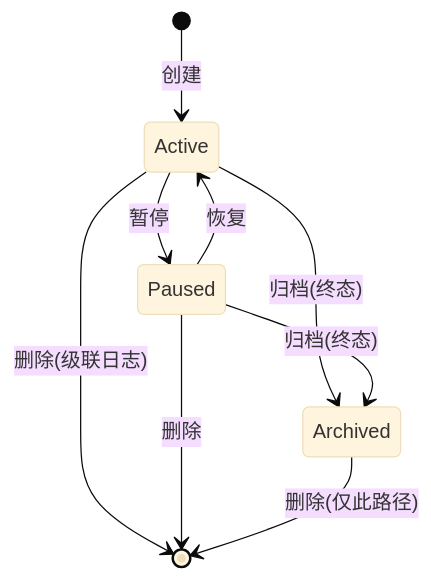
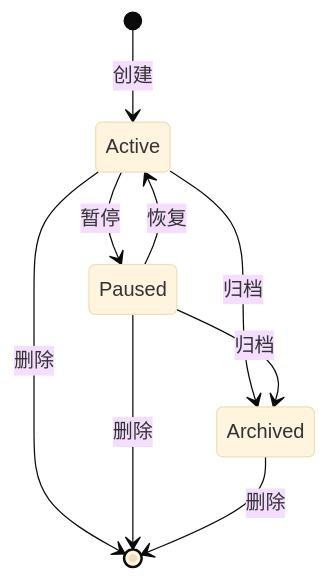
One commit to sequencestream/c3 changed the first of 2 diagrams in doc/domains/core/automations/automations-spec.md. Above: the diagram before and after it, drawn with Mermaid (base theme). The commit also changed other lines of this file and 128 other files, not shown here.

````diff
--- a/doc/domains/core/automations/automations-spec.md
+++ b/doc/domains/core/automations/automations-spec.md
@@ -74,11 +65,11 @@
 ```mermaid
 stateDiagram-v2
     [*] --> Active: 创建
     Active --> Paused: 暂停
     Paused --> Active: 恢复
-    Active --> Archived: 归档(终态)
-    Paused --> Archived: 归档(终态)
-    Active --> [*]: 删除(级联日志)
+    Active --> Archived: 归档
+    Paused --> Archived: 归档
+    Active --> [*]: 删除
     Paused --> [*]: 删除
-    Archived --> [*]: 删除(仅此路径)
+    Archived --> [*]: 删除
 ```
````
